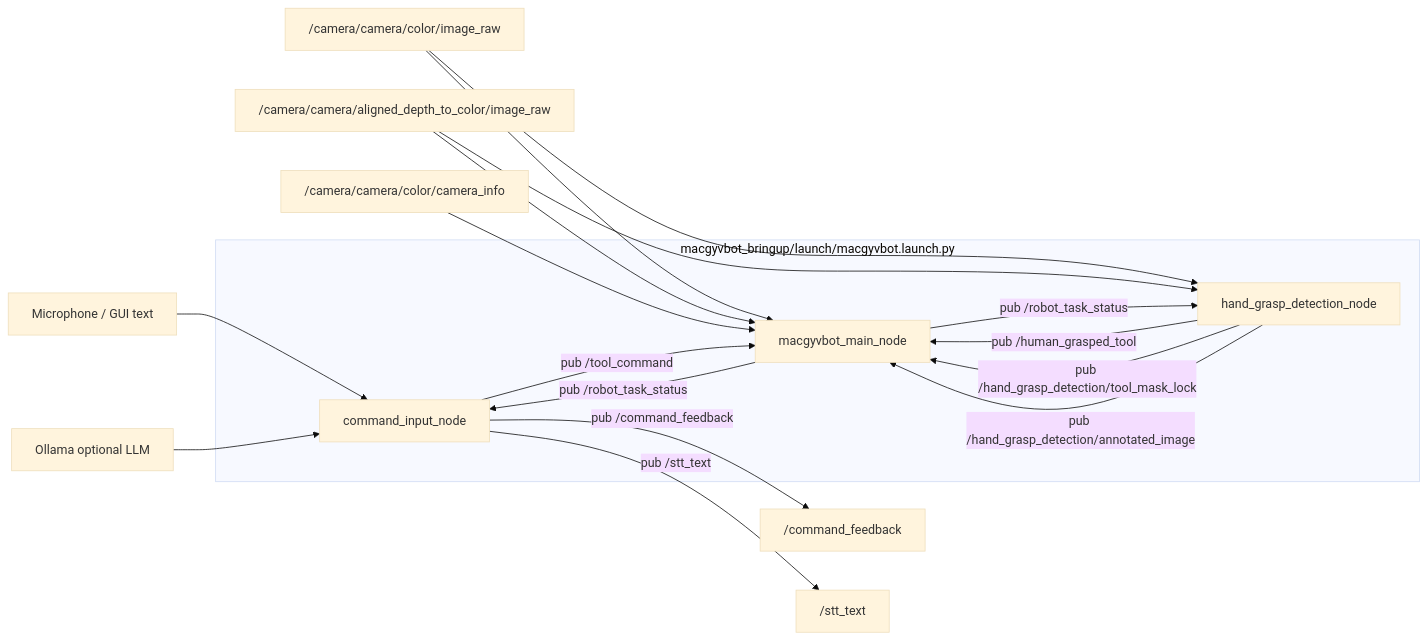
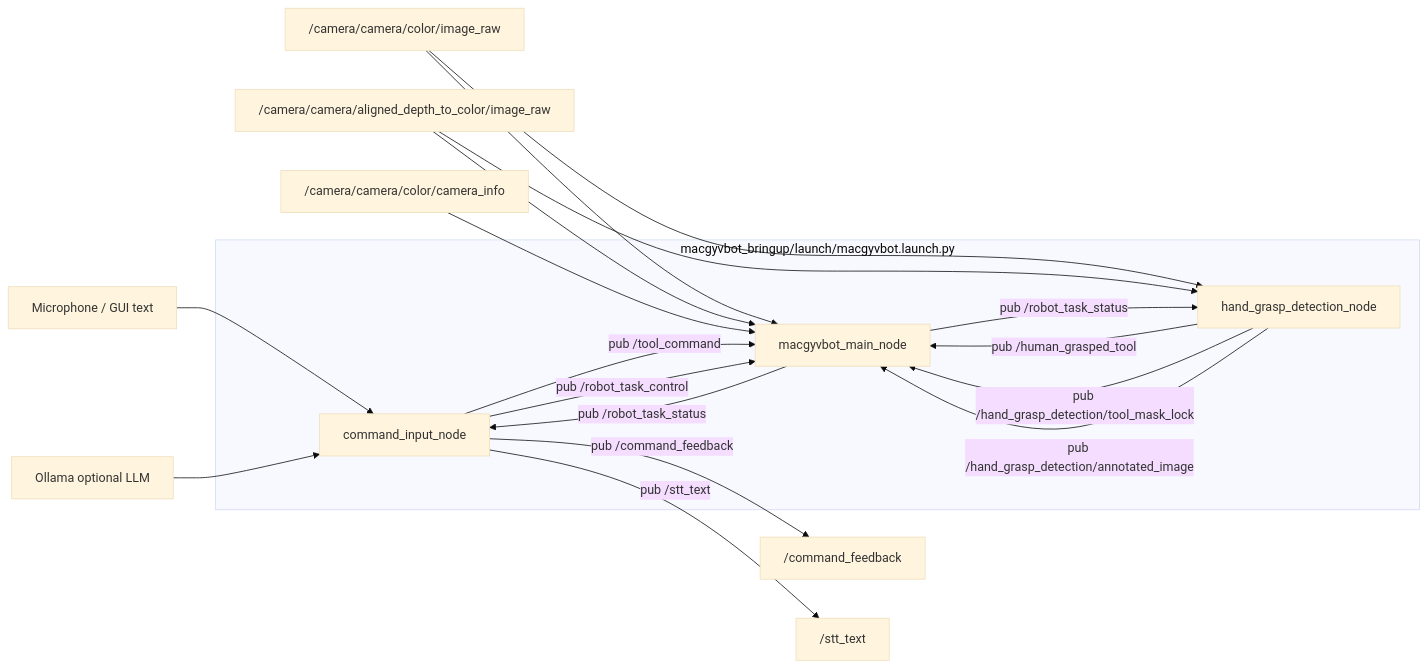
Before and after one commit to MacGyvBot/macgyvbot: the diagram in README.md, drawn with Mermaid (base theme). The commit also changed other lines of this file and 1 other file, not shown here.

````diff
--- a/README.md
+++ b/README.md
@@ -48,27 +51,28 @@
 ```mermaid
 flowchart LR
     subgraph launch["macgyvbot_bringup/launch/macgyvbot.launch.py"]
         cmd["command_input_node"]
         hand["hand_grasp_detection_node"]
         main["macgyvbot_main_node"]
     end
 
     mic["Microphone / GUI text"] --> cmd
     ollama["Ollama optional LLM"] --> cmd
 
     color["/camera/camera/color/image_raw"] --> hand
     depth["/camera/camera/aligned_depth_to_color/image_raw"] --> hand
     color --> main
     depth --> main
     info["/camera/camera/color/camera_info"] --> main
 
     cmd -- "pub /tool_command" --> main
+    cmd -- "pub /robot_task_control" --> main
     cmd -- "pub /command_feedback" --> feedback["/command_feedback"]
     cmd -- "pub /stt_text" --> stt["/stt_text"]
 
     main -- "pub /robot_task_status" --> cmd
     main -- "pub /robot_task_status" --> hand
     hand -- "pub /human_grasped_tool" --> main
     hand -- "pub /hand_grasp_detection/tool_mask_lock" --> main
     hand -- "pub /hand_grasp_detection/annotated_image" --> main
 ```
````
